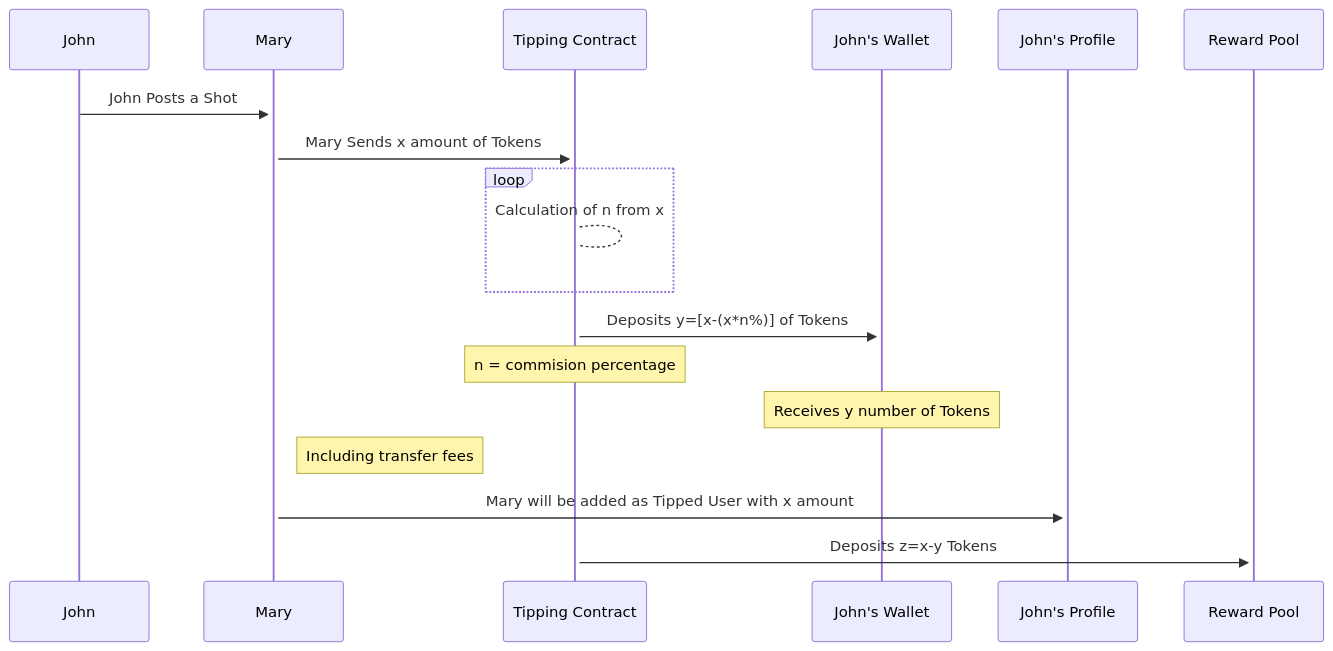
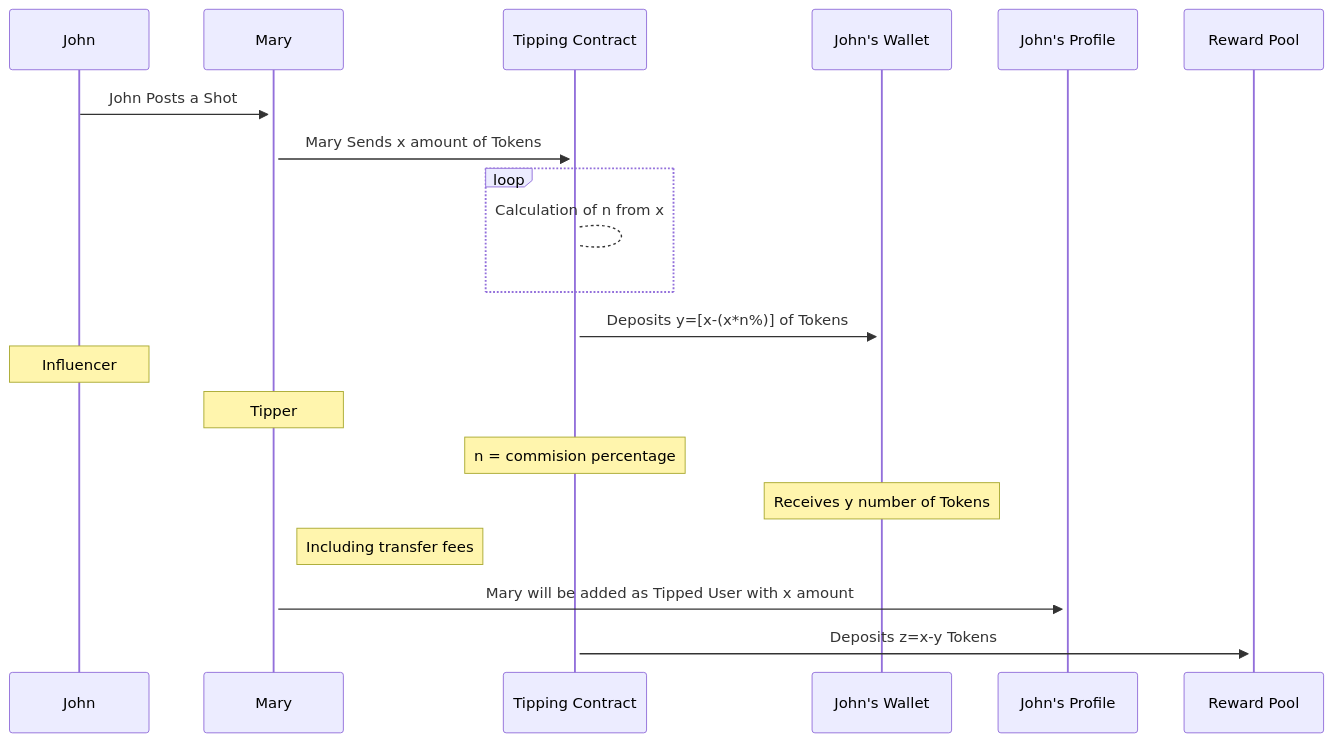
Before and after one commit to viralfoundation/Technical-Whitepaper-LaTeX: the second of 8 diagrams in README.md, drawn with Mermaid. The commit also changed other lines of this file, not shown here.

````diff
--- a/README.md
+++ b/README.md
@@ -328,25 +484,27 @@
 ```mermaid
 
     sequenceDiagram
 
     participant John
     participant Mary
     participant Tipping Contract
     participant John's Wallet
     participant John's Profile
     participant Reward Pool
     
 
     John->>+Mary:John Posts a Shot
     Mary->>+Tipping Contract:Mary Sends x amount of Tokens
     loop 
     Tipping Contract-->Tipping Contract:Calculation of n from x
     end
     Tipping Contract->>+John's Wallet:Deposits y=[x-(x*n%)] of Tokens
+    Note over John: Influencer
+    Note over Mary: Tipper
     Note over Tipping Contract: n = commision percentage
     Note over John's Wallet: Receives y number of Tokens
     Note right of Mary: Including transfer fees
     Mary->>+John's Profile: Mary will be added as Tipped User with x amount
     Tipping Contract->>+Reward Pool: Deposits z=x-y Tokens
  
 ```
````
